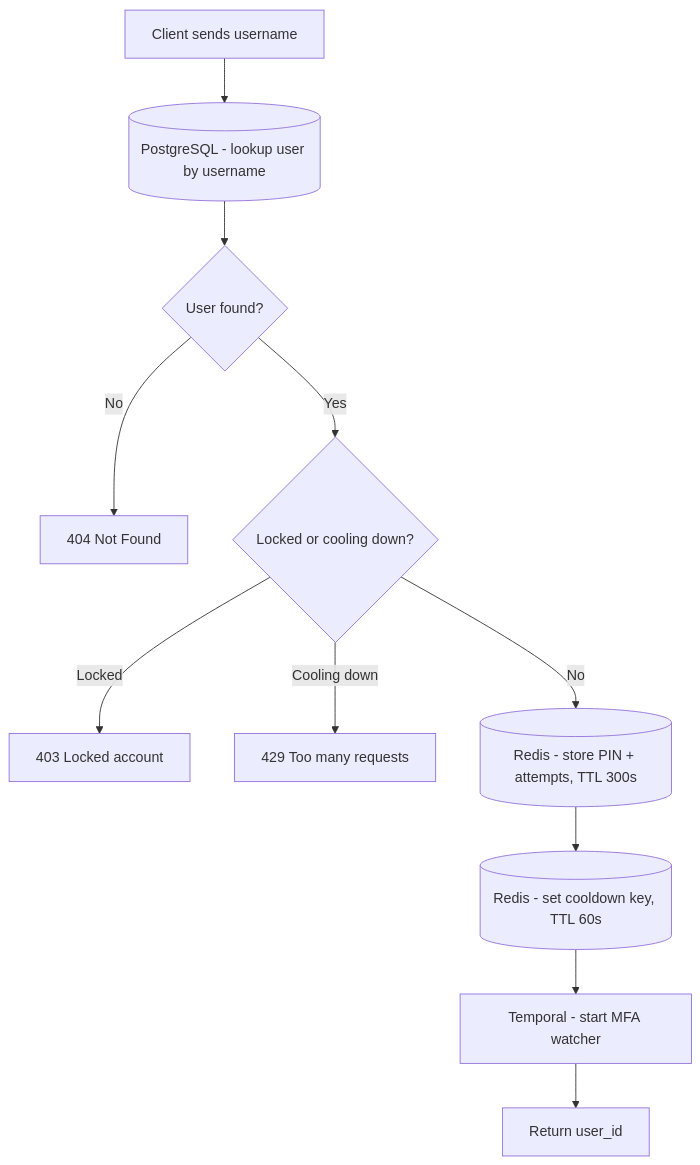
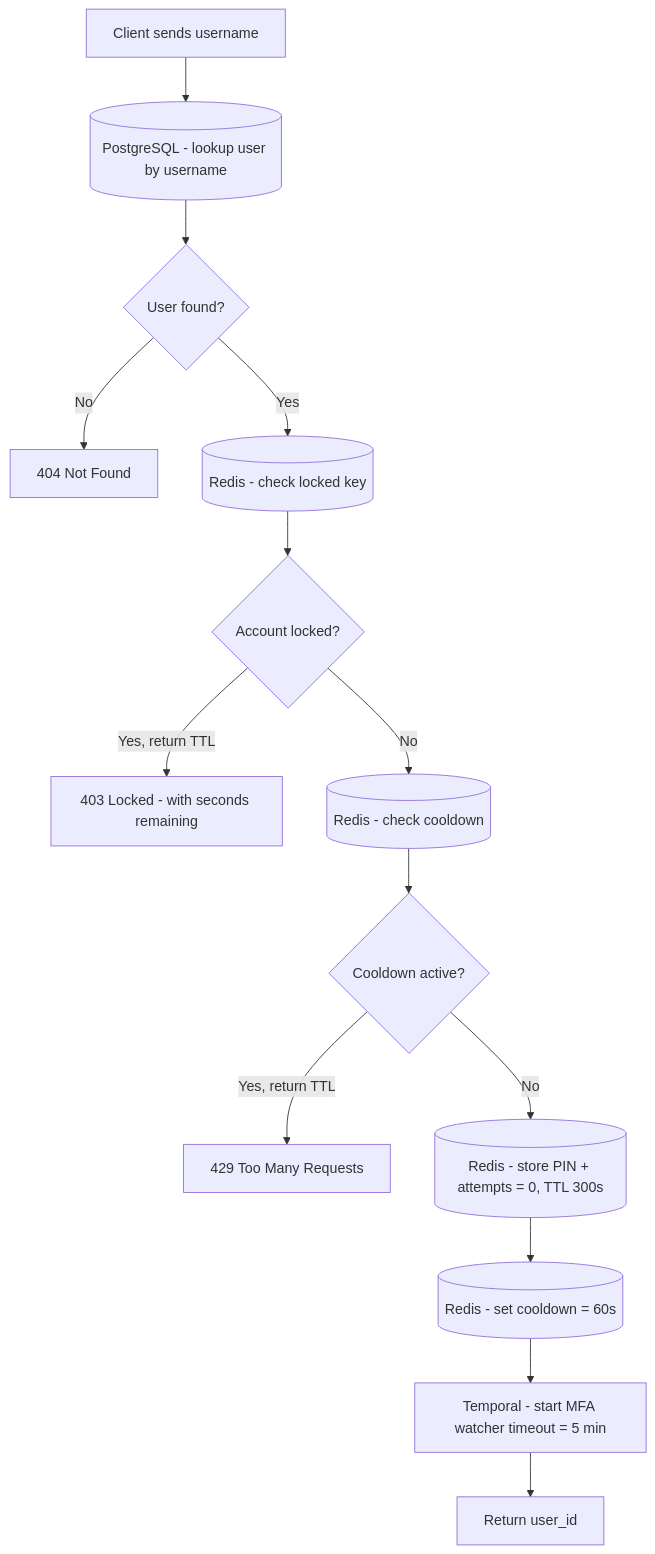
One commit to muhammadhussnainsaeed/bootcamp-2026-mfa-gate changed the second of 5 diagrams in docs/architecture.md. Above: the diagram before and after it, drawn with Mermaid. The commit also changed other lines of this file and 1 other file, not shown here.

````diff
--- a/docs/architecture.md
+++ b/docs/architecture.md
@@ -40,13 +40,16 @@
 ```mermaid
 flowchart TD
     L1[Client sends username] --> L2[(PostgreSQL - lookup user by username)]
     L2 --> L3{User found?}
     L3 -- No --> L4[404 Not Found]
-    L3 -- Yes --> L5{Locked or cooling down?}
-    L5 -- Locked --> L6[403 Locked account]
-    L5 -- Cooling down --> L7[429 Too many requests]
-    L5 -- No --> L8[(Redis - store PIN + attempts, TTL 300s)]
-    L8 --> L9[(Redis - set cooldown key, TTL 60s)]
-    L9 --> L10[Temporal - start MFA watcher]
-    L10 --> L11[Return user_id]
+    L3 -- Yes --> L5[(Redis - check locked key)]
+    L5 --> L6{Account locked?}
+    L6 -- Yes, return TTL --> L7[403 Locked - with seconds remaining]
+    L6 -- No --> L8[(Redis - check cooldown)]
+    L8 --> L9{Cooldown active?}
+    L9 -- Yes, return TTL --> L10[429 Too Many Requests]
+    L9 -- No --> L11[(Redis - store PIN + attempts = 0, TTL 300s)]
+    L11 --> L12[(Redis - set cooldown = 60s)]
+    L12 --> L13[Temporal - start MFA watcher timeout = 5 min]
+    L13 --> L14[Return user_id]
 ```
````
